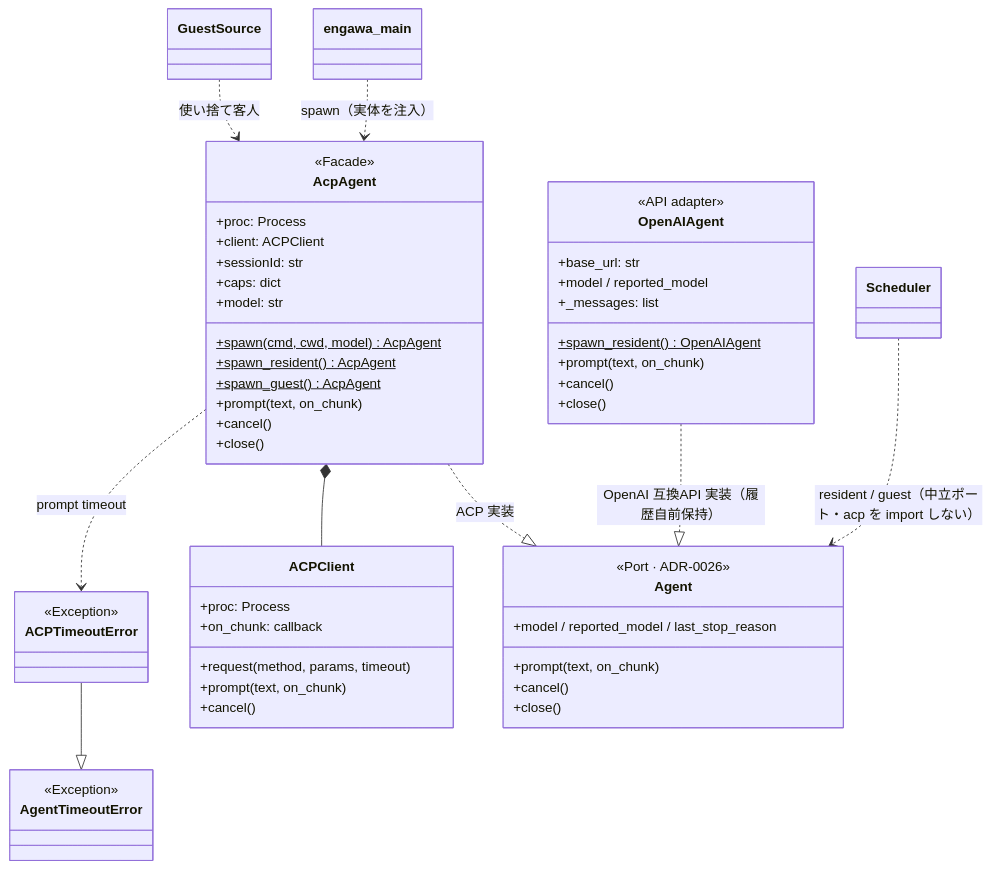
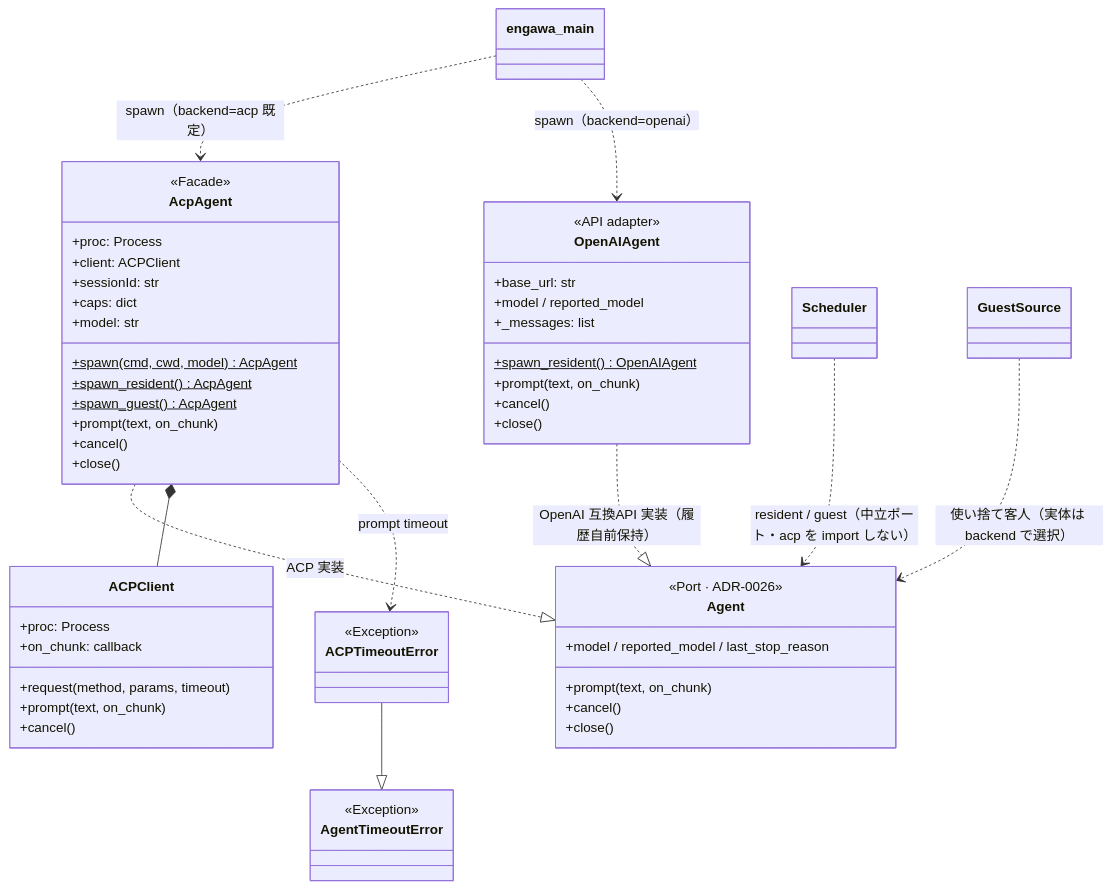
Before and after one commit to NiteC-a11y/Engawa: the third of 7 diagrams in docs/class-diagram.md, drawn with Mermaid. The commit also changed other lines of this file and 5 other files, not shown here.

Commit message:
docs: codex ドリフト点検の指摘7件を反映（ADR-0015 Inc3 顛末・TECH_RULES に中断不可例外・class-diagram の Agent ポート現行化＋utter_preemptible・ADR-0031 E2E 範囲限定・原則3 注記・584行を P5 時点実測と明記）

````diff
--- a/docs/class-diagram.md
+++ b/docs/class-diagram.md
@@ -152,63 +153,64 @@
 ```mermaid
 classDiagram
     direction TB
 
     class ACPClient {
         +proc: Process
         +on_chunk: callback
         +request(method, params, timeout)
         +prompt(text, on_chunk)
         +cancel()
     }
 
     class AcpAgent {
         <<Facade>>
         +proc: Process
         +client: ACPClient
         +sessionId: str
         +caps: dict
         +model: str
         +spawn(cmd, cwd, model)$ AcpAgent
         +spawn_resident()$ AcpAgent
         +spawn_guest()$ AcpAgent
         +prompt(text, on_chunk)
         +cancel()
         +close()
     }
 
     class OpenAIAgent {
         <<API adapter>>
         +base_url: str
         +model / reported_model
         +_messages: list
         +spawn_resident()$ OpenAIAgent
         +prompt(text, on_chunk)
         +cancel()
         +close()
     }
 
     class Agent {
         <<Port · ADR-0026>>
         +model / reported_model / last_stop_reason
         +prompt(text, on_chunk)
         +cancel()
         +close()
     }
 
     class AgentTimeoutError {
         <<Exception>>
     }
 
     class ACPTimeoutError {
         <<Exception>>
     }
 
     AcpAgent ..|> Agent : ACP 実装
     OpenAIAgent ..|> Agent : OpenAI 互換API 実装（履歴自前保持）
     ACPTimeoutError --|> AgentTimeoutError
     AcpAgent *-- ACPClient
     AcpAgent ..> ACPTimeoutError : prompt timeout
     Scheduler ..> Agent : resident / guest（中立ポート・acp を import しない）
-    engawa_main ..> AcpAgent : spawn（実体を注入）
-    GuestSource ..> AcpAgent : 使い捨て客人
+    engawa_main ..> AcpAgent : spawn（backend=acp 既定）
+    engawa_main ..> OpenAIAgent : spawn（backend=openai）
+    GuestSource ..> Agent : 使い捨て客人（実体は backend で選択）
 ```
````
